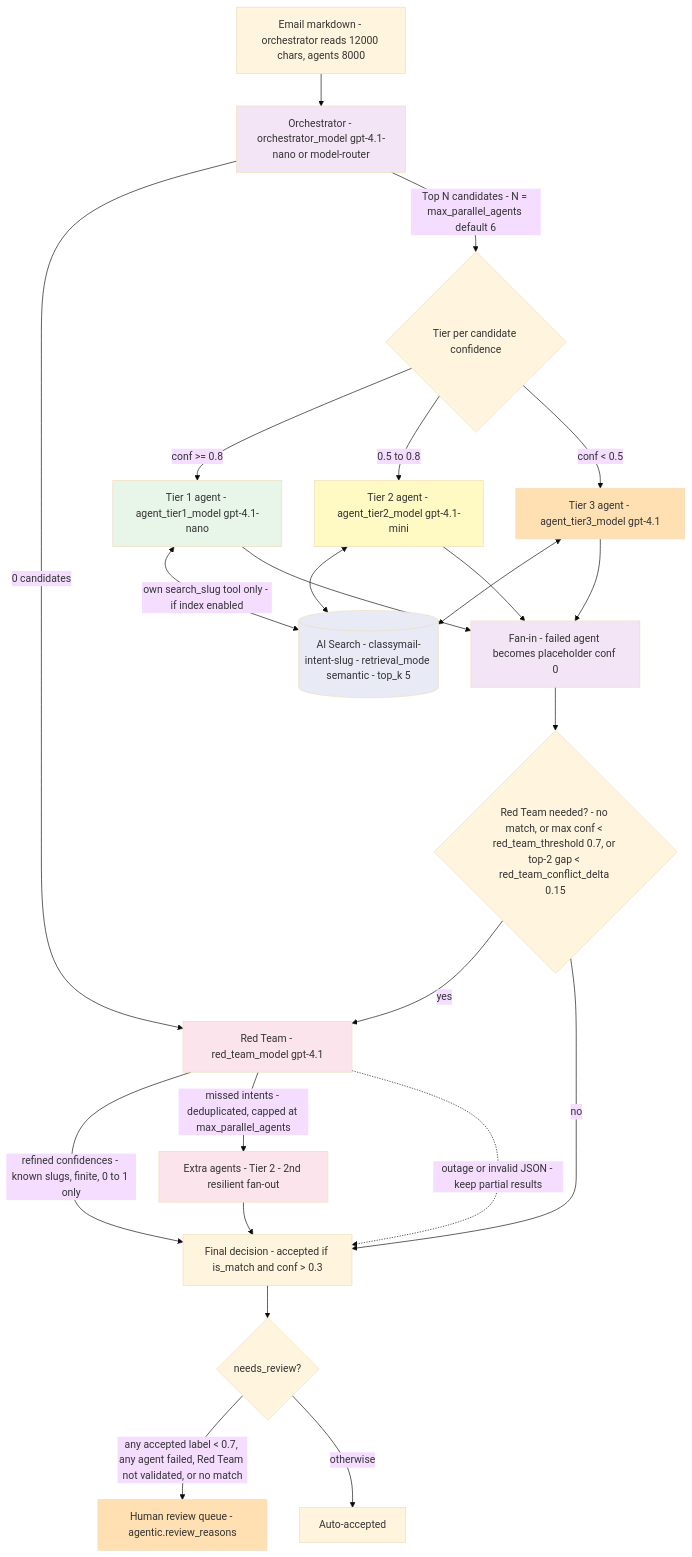
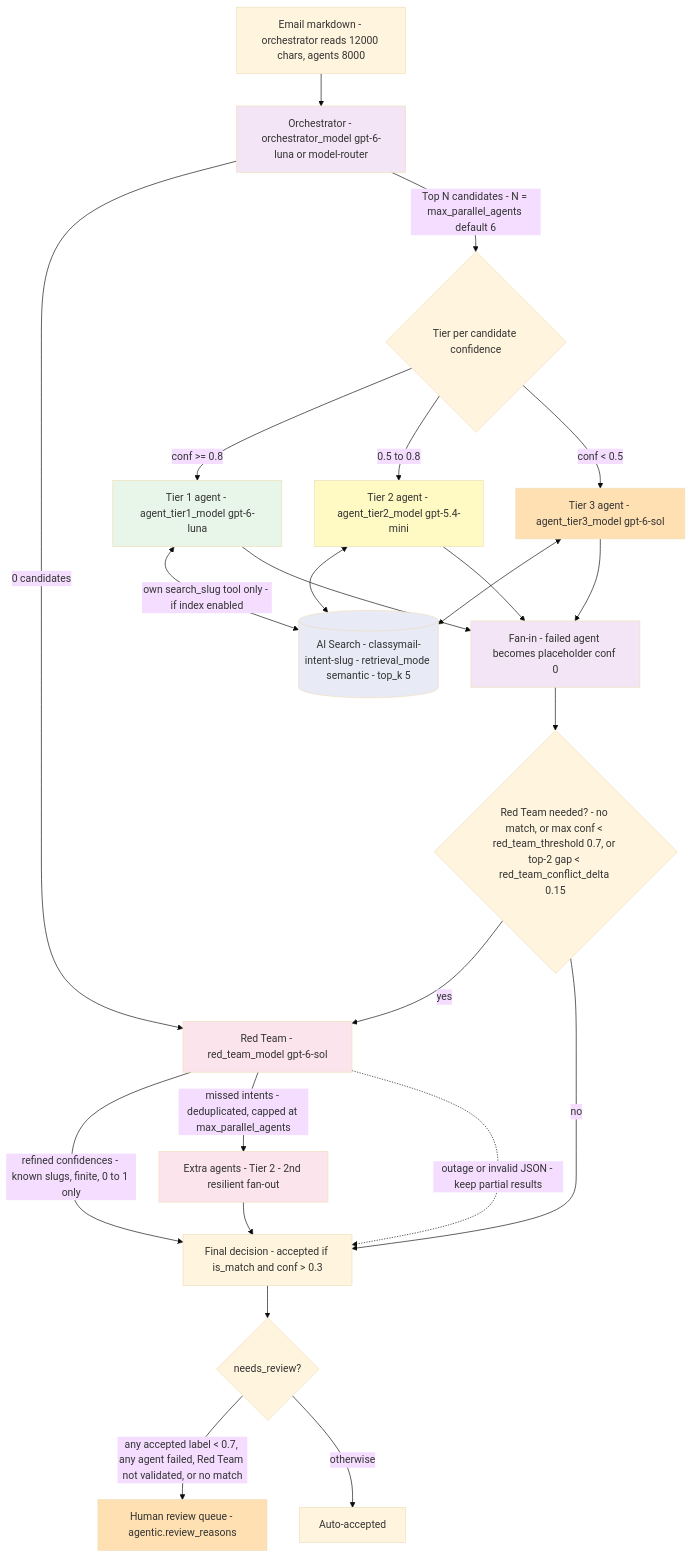
One commit to olivMertens/ClassyMail changed the first of 2 diagrams in README.md. Above: the diagram before and after it, drawn with Mermaid (base theme). The commit also changed other lines of this file and 49 other files, not shown here.

First line of the commit message:
feat(models): migrate defaults off Deprecated GPT-4.1 to gpt-6-luna, gpt-5.4-mini, gpt-6-sol

````diff
--- a/README.md
+++ b/README.md
@@ -67,35 +68,35 @@
 ```mermaid
 flowchart TD
-    Email["Email markdown - orchestrator reads 12000 chars, agents 8000"] --> Orch["Orchestrator - orchestrator_model gpt-4.1-nano or model-router"]
+    Email["Email markdown - orchestrator reads 12000 chars, agents 8000"] --> Orch["Orchestrator - orchestrator_model gpt-6-luna or model-router"]
     Orch -->|"0 candidates"| RT
     Orch -->|"Top N candidates - N = max_parallel_agents default 6"| Tier{"Tier per candidate confidence"}
-    Tier -->|"conf >= 0.8"| T1["Tier 1 agent - agent_tier1_model gpt-4.1-nano"]
-    Tier -->|"0.5 to 0.8"| T2["Tier 2 agent - agent_tier2_model gpt-4.1-mini"]
-    Tier -->|"conf < 0.5"| T3["Tier 3 agent - agent_tier3_model gpt-4.1"]
+    Tier -->|"conf >= 0.8"| T1["Tier 1 agent - agent_tier1_model gpt-6-luna"]
+    Tier -->|"0.5 to 0.8"| T2["Tier 2 agent - agent_tier2_model gpt-5.4-mini"]
+    Tier -->|"conf < 0.5"| T3["Tier 3 agent - agent_tier3_model gpt-6-sol"]
     T1 <-->|"own search_slug tool only - if index enabled"| AIS[("AI Search - classymail-intent-slug - retrieval_mode semantic - top_k 5")]
     T2 <--> AIS
     T3 <--> AIS
     T1 --> Agg["Fan-in - failed agent becomes placeholder conf 0"]
     T2 --> Agg
     T3 --> Agg
     Agg --> Gate{"Red Team needed? - no match, or max conf < red_team_threshold 0.7, or top-2 gap < red_team_conflict_delta 0.15"}
-    Gate -->|"yes"| RT["Red Team - red_team_model gpt-4.1"]
+    Gate -->|"yes"| RT["Red Team - red_team_model gpt-6-sol"]
     Gate -->|"no"| Final
     RT -->|"refined confidences - known slugs, finite, 0 to 1 only"| Final
     RT -->|"missed intents - deduplicated, capped at max_parallel_agents"| Extra["Extra agents - Tier 2 - 2nd resilient fan-out"]
     RT -.->|"outage or invalid JSON - keep partial results"| Final
     Extra --> Final["Final decision - accepted if is_match and conf > 0.3"]
     Final --> Review{"needs_review?"}
     Review -->|"any accepted label < 0.7, any agent failed, Red Team not validated, or no match"| Human["Human review queue - agentic.review_reasons"]
     Review -->|"otherwise"| Auto["Auto-accepted"]
 
     style Orch fill:#f3e5f5
     style T1 fill:#e8f5e9
     style T2 fill:#fff9c4
     style T3 fill:#ffe0b2
     style Agg fill:#f3e5f5
     style RT fill:#fce4ec
     style Extra fill:#fce4ec
     style AIS fill:#e8eaf6
     style Human fill:#ffe0b2
 ```
````
